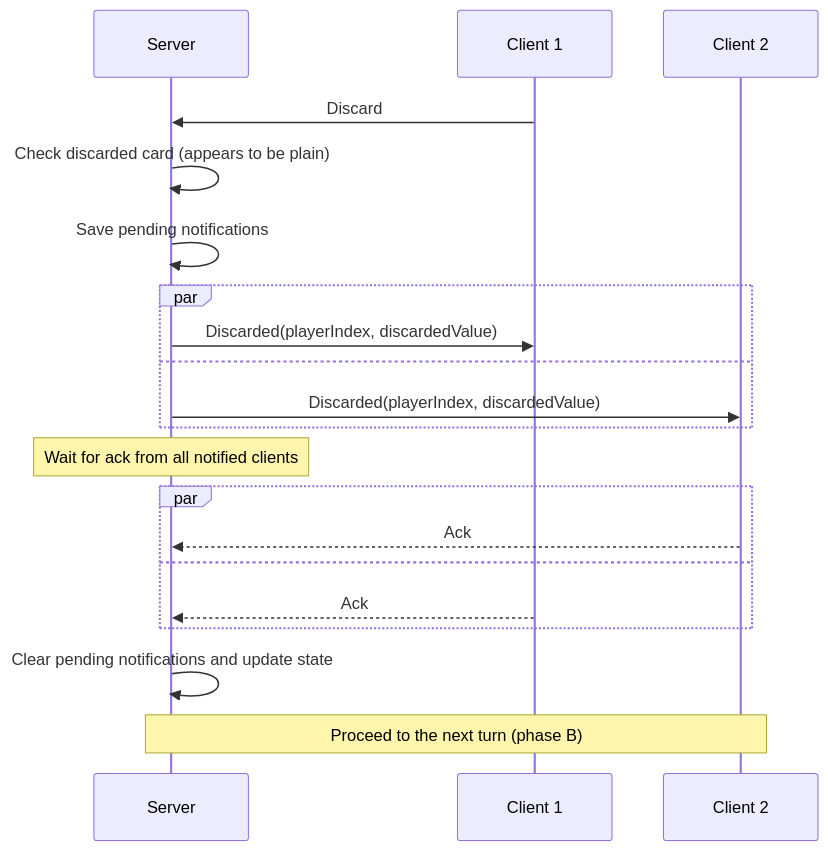
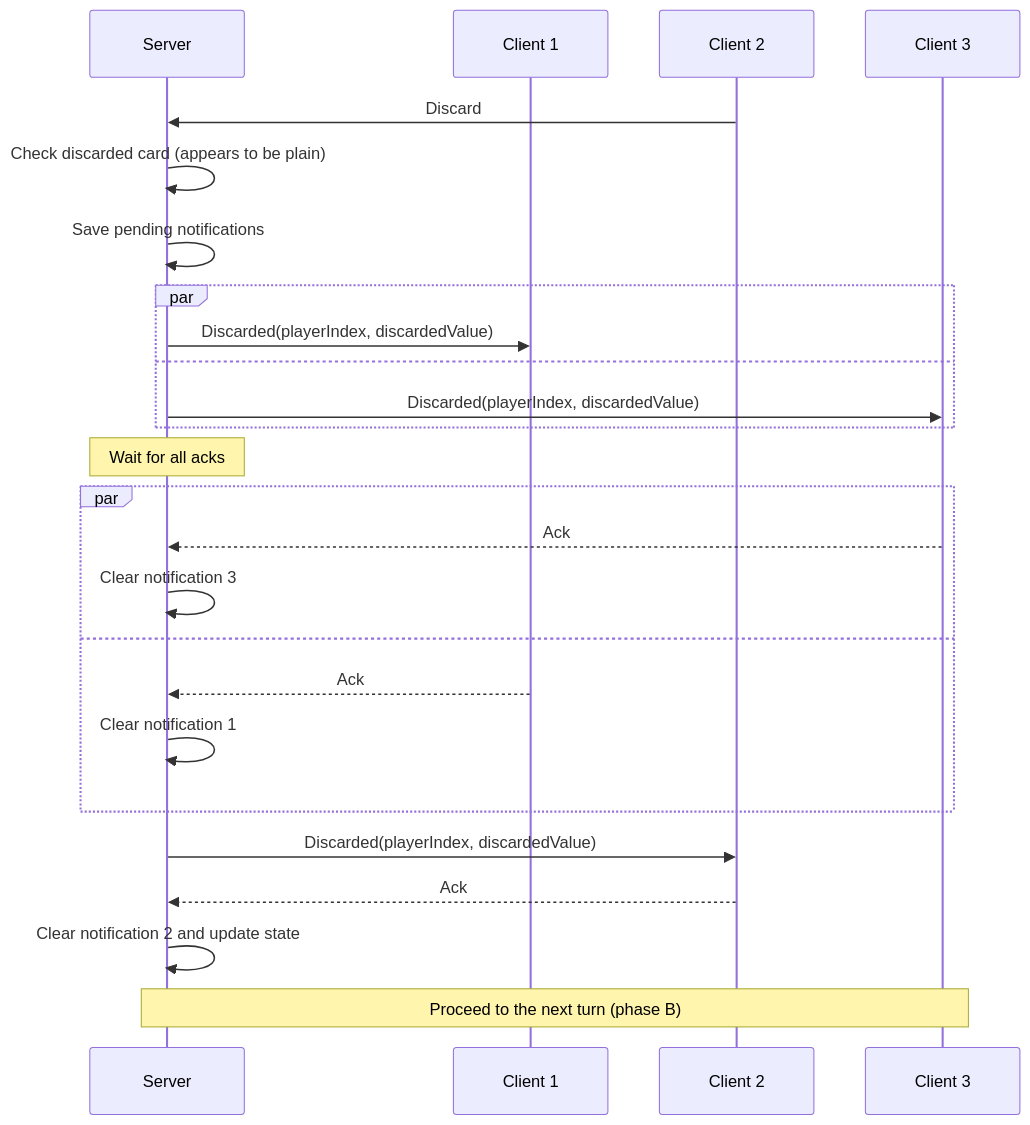
The tenth of 15 diagrams in README.md (roman-zubarevich/another), drawn with Mermaid before and after one commit. The commit also changed other lines of this file, not shown here.

````diff
--- a/README.md
+++ b/README.md
@@ -237,22 +279,27 @@
 ```mermaid
 sequenceDiagram
     participant S as Server
     participant C1 as Client 1
     participant C2 as Client 2
-    C1->>S: Discard
+    participant C3 as Client 3
+    C2->>S: Discard
     S->>S: Check discarded card (appears to be plain)
     S->>S: Save pending notifications
     par
         S->>C1: Discarded(playerIndex, discardedValue)
     and
-        S->>C2: Discarded(playerIndex, discardedValue)
+        S->>C3: Discarded(playerIndex, discardedValue)
     end
-    Note over S: Wait for ack from all notified clients
+    Note over S: Wait for all acks
     par
-        C2-->>S: Ack
+        C3-->>S: Ack
+        S->>S: Clear notification 3
     and
         C1-->>S: Ack
+        S->>S: Clear notification 1
     end
-    S->>S: Clear pending notifications and update state
-    Note over S,C2: Proceed to the next turn (phase B)
+    S->>C2: Discarded(playerIndex, discardedValue)
+    C2-->>S: Ack
+    S->>S: Clear notification 2 and update state
+    Note over S,C3: Proceed to the next turn (phase B)
 ```
````
